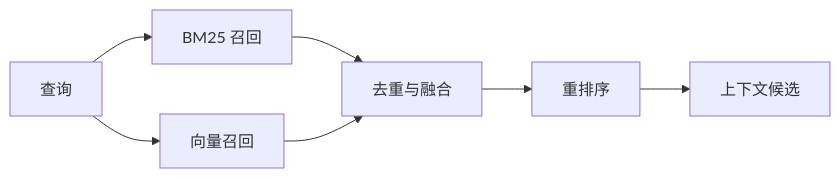
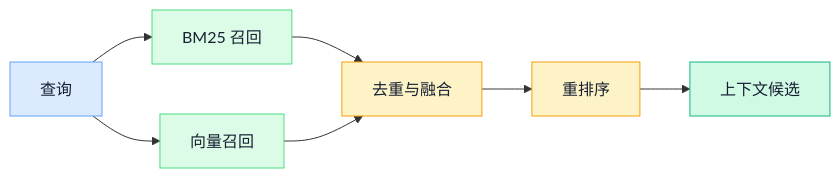
The fourth of 4 diagrams in backend/app/ai_notes/content/04-ai-engineering/01-rag-retrieval-engineering.md (ink-hz/AI-Agent-Platform), drawn with Mermaid before and after one commit. The commit also changed other lines of this file and 2 other files, not shown here.

````diff
--- a/backend/app/ai_notes/content/04-ai-engineering/01-rag-retrieval-engineering.md
+++ b/backend/app/ai_notes/content/04-ai-engineering/01-rag-retrieval-engineering.md
@@ -178,9 +233,18 @@
 ```mermaid
 flowchart LR
     Q[查询] --> B[BM25 召回]
     Q --> V[向量召回]
     B --> F[去重与融合]
     V --> F
     F --> R[重排序]
     R --> C[上下文候选]
+
+    classDef input fill:#DBEAFE,stroke:#60A5FA,color:#172033;
+    classDef policy fill:#FEF3C7,stroke:#F59E0B,color:#172033;
+    classDef tool fill:#DCFCE7,stroke:#4ADE80,color:#172033;
+    classDef success fill:#D1FAE5,stroke:#10B981,color:#172033;
+    class Q input;
+    class B,V tool;
+    class F,R policy;
+    class C success;
 ```
````
